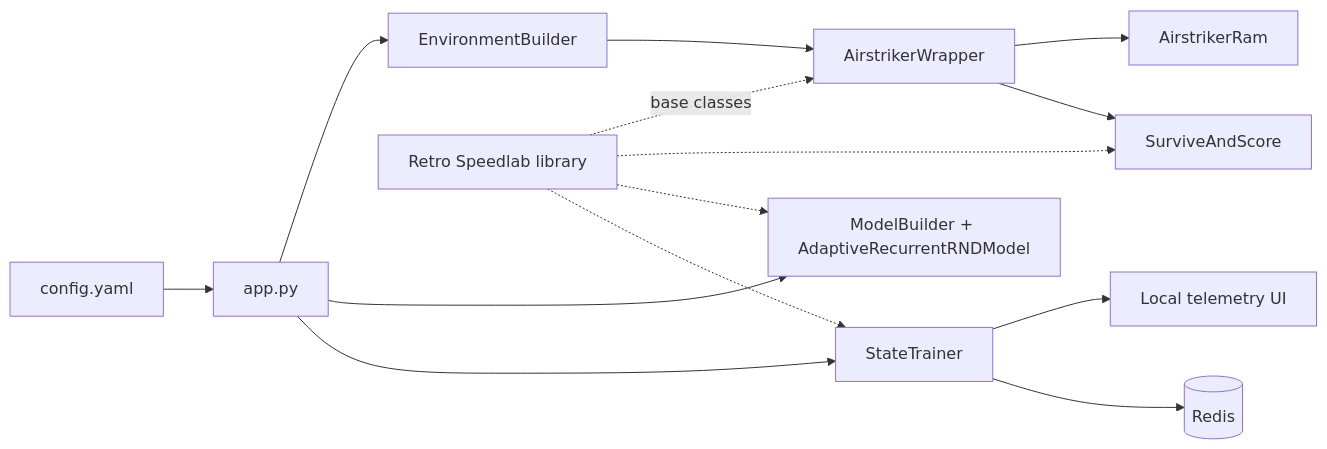
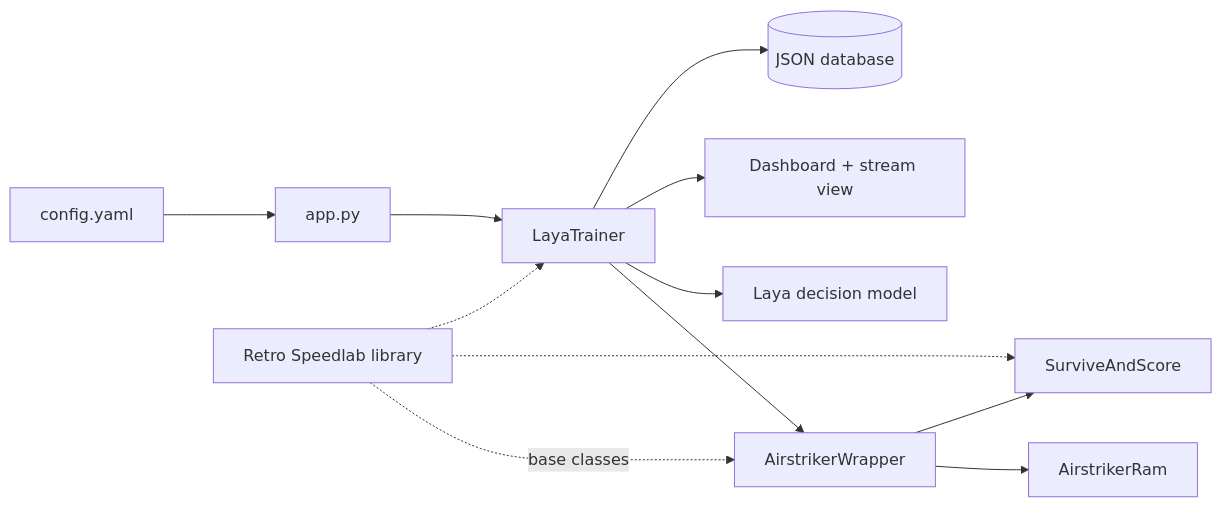
One commit to datenwissenschaften/retro-speedlab changed the second of 2 diagrams in README.md. Above: the diagram before and after it, drawn with Mermaid. The commit also changed other lines of this file and 16 other files, not shown here.

````diff
--- a/README.md
+++ b/README.md
@@ -111,16 +110,14 @@
 ```mermaid
 flowchart LR
     CFG[config.yaml] --> APP[app.py]
-    APP --> ENV[EnvironmentBuilder]
-    ENV --> WRAP[AirstrikerWrapper]
+    APP --> TRAINER[LayaTrainer]
+    TRAINER --> WRAP[AirstrikerWrapper]
     WRAP --> RAM[AirstrikerRam]
     WRAP --> STATE[SurviveAndScore]
-    APP --> MODEL[ModelBuilder + AdaptiveRecurrentRNDModel]
-    APP --> TRAINER[StateTrainer]
-    TRAINER --> UI[Local telemetry UI]
-    TRAINER --> REDIS[(Redis)]
+    TRAINER --> LAYA[Laya decision model]
+    TRAINER --> UI[Dashboard + stream view]
+    TRAINER --> DB[(JSON database)]
     LIB[Retro Speedlab library] -.base classes.-> WRAP
     LIB -.-> STATE
-    LIB -.-> MODEL
     LIB -.-> TRAINER
 ```
````
